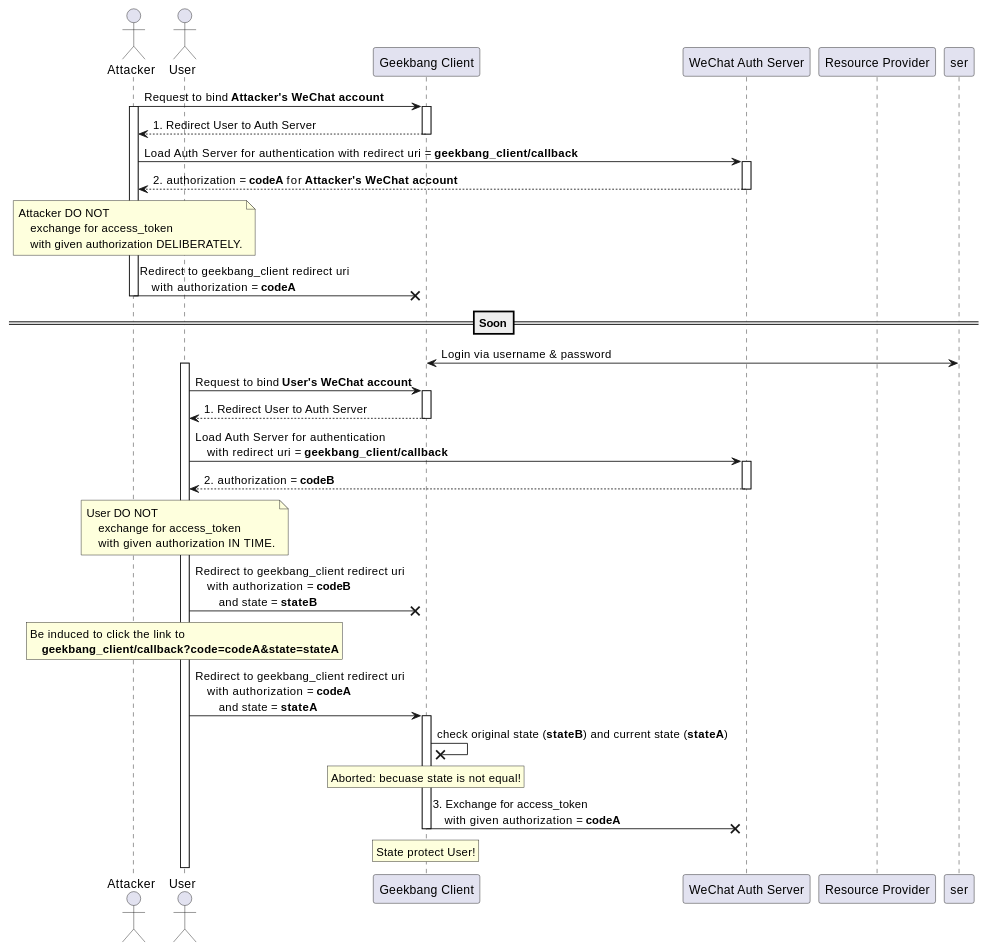
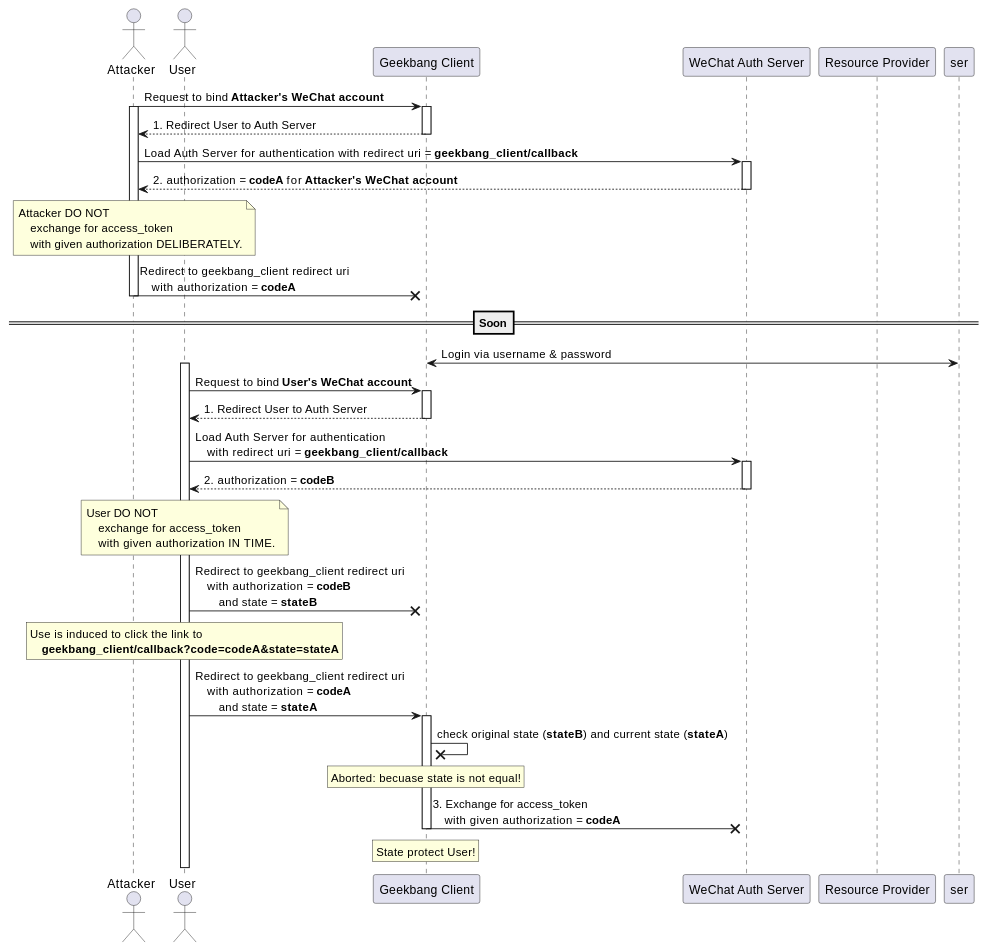
One commit to IceHe/lib changed the second of 2 diagrams in auth/csrf-attack-on-oauth.md. Above: the diagram before and after it, drawn with PlantUML. The commit also changed other lines of this file, not shown here.

Commit message:
2021-11-04 20:11:42 Thu

````diff
--- a/auth/csrf-attack-on-oauth.md
+++ b/auth/csrf-attack-on-oauth.md
@@ -110,75 +110,75 @@
 ```plantuml
 @startuml
 actor attacker as "Attacker"
 actor user as "User"
 
 participant geekbang_client as "Geekbang Client"
 
 participant auth_serv as "WeChat Auth Server"
 participant protected_res as "Resource Provider"
 
 attacker -> geekbang_client: Request to bind **Attacker's WeChat account**
 activate attacker
 activate geekbang_client
 attacker <-- geekbang_client: 1. Redirect User to Auth Server
 deactivate geekbang_client
 
 attacker -> auth_serv: Load Auth Server for authentication with redirect uri = **geekbang_client/callback**
 activate auth_serv
 attacker <-- auth_serv: 2. authorization = **codeA** for **Attacker's WeChat account**
 deactivate auth_serv
 
 note over attacker
     Attacker DO NOT
         exchange for access_token
         with given authorization DELIBERATELY.
 endrnote
 
 attacker -x geekbang_client: Redirect to geekbang_client redirect uri \n    with authorization = **codeA**
 deactivate attacker
 
 ==Soon==
 
 ser <-> geekbang_client: Login via username & password
 activate user
 user -> geekbang_client: Request to bind **User's WeChat account**
 activate geekbang_client
 user <-- geekbang_client: 1. Redirect User to Auth Server
 deactivate geekbang_client
 
 user -> auth_serv: Load Auth Server for authentication \n    with redirect uri = **geekbang_client/callback**
 activate auth_serv
 user <-- auth_serv: 2. authorization = **codeB**
 deactivate auth_serv
 
 note over user
     User DO NOT
         exchange for access_token
         with given authorization IN TIME.
 endrnote
 
 user -x geekbang_client: Redirect to geekbang_client redirect uri \n    with authorization = **codeB** \n        and state = **stateB**
 
 rnote over user
-    Be induced to click the link to
+    Use is induced to click the link to
         **geekbang_client/callback?code=codeA&state=stateA**
 endrnote
 
 user -> geekbang_client: Redirect to geekbang_client redirect uri \n    with authorization = **codeA** \n        and state = **stateA**
 activate geekbang_client
 
 geekbang_client -x geekbang_client: check original state (**stateB**) and current state (**stateA**)
 
 rnote over geekbang_client
     Aborted: becuase state is not equal!
 endrnote
 
 geekbang_client -x auth_serv: 3. Exchange for access_token \n    with given authorization = **codeA**
 deactivate geekbang_client
 
 rnote over geekbang_client
     State protect User!
 endrnote
 
 @enduml
 ```
````
